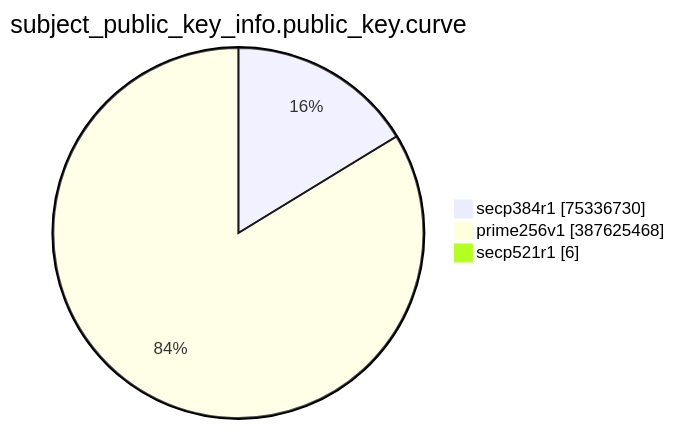
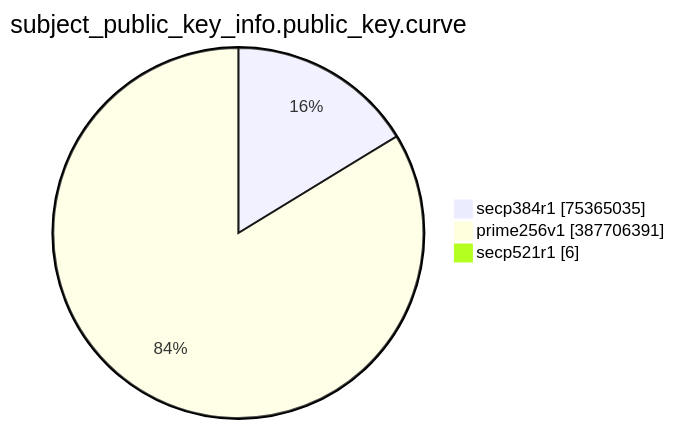
One commit to christiankrug/ctmonitor_visualization changed the eighth of 15 diagrams in TOTAL/README.md. Above: the diagram before and after it, drawn with Mermaid. The commit also changed other lines of this file, not shown here.

````diff
--- a/TOTAL/README.md
+++ b/TOTAL/README.md
@@ -3094,7 +3094,7 @@
 ```mermaid
 pie showData
 title subject_public_key_info.public_key.curve
-"secp384r1" :75336730
-"prime256v1" :387625468
+"secp384r1" :75365035
+"prime256v1" :387706391
 "secp521r1" :6
 ```
````
